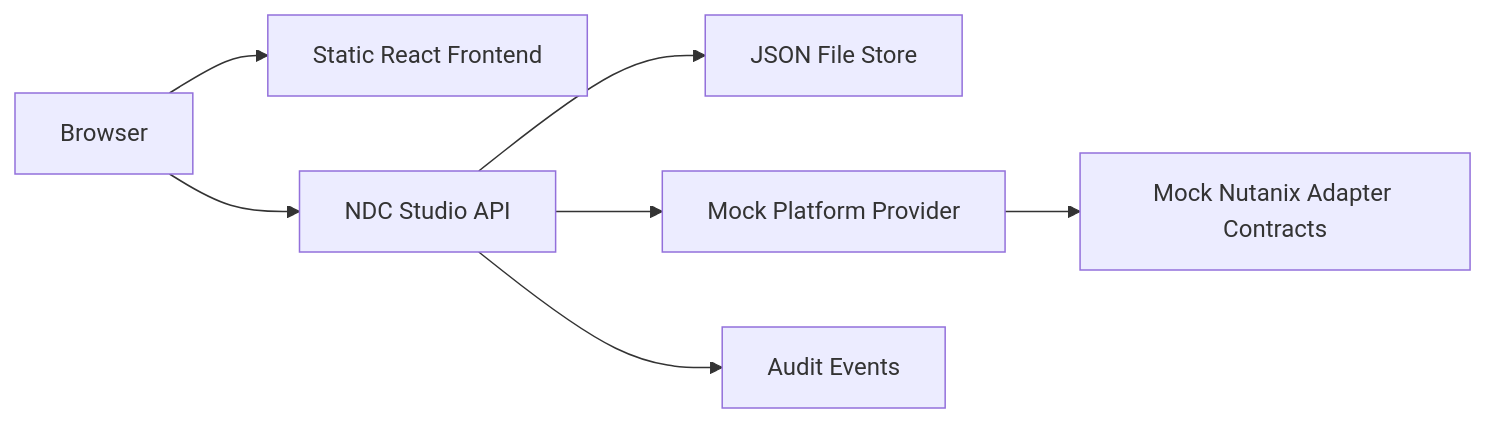
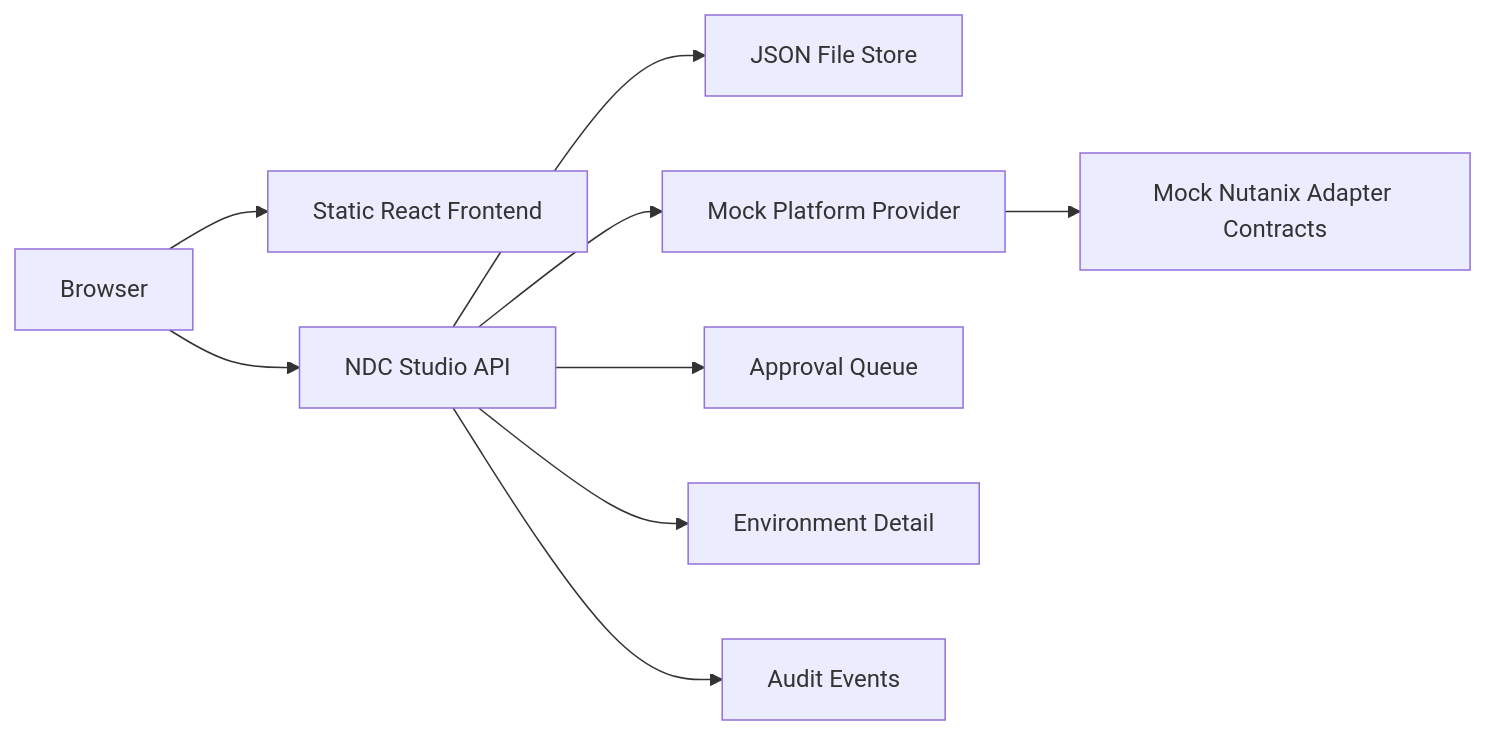
The second of 2 diagrams in docs/architecture.md (VirtuArchitect/nutanix-developer-cloud-studio), drawn with Mermaid before and after one commit. The commit also changed other lines of this file and 20 other files, not shown here.

````diff
--- a/docs/architecture.md
+++ b/docs/architecture.md
@@ -21,9 +21,11 @@
 ```mermaid
 flowchart LR
     Browser["Browser"] --> Web["Static React Frontend"]
     Browser --> Api["NDC Studio API"]
     Api --> Store["JSON File Store"]
     Api --> Provider["Mock Platform Provider"]
     Provider --> Adapters["Mock Nutanix Adapter Contracts"]
+    Api --> Approvals["Approval Queue"]
+    Api --> Details["Environment Detail"]
     Api --> Audit["Audit Events"]
 ```
````
